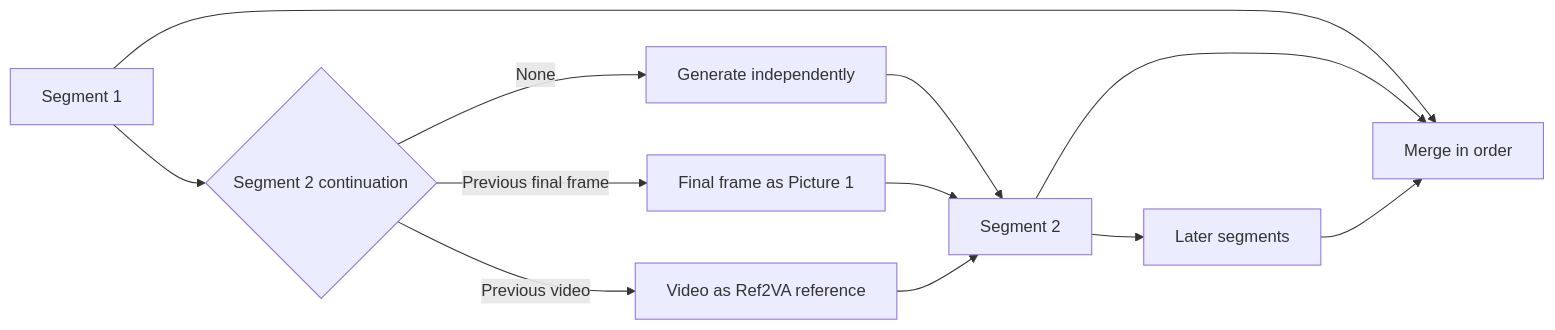
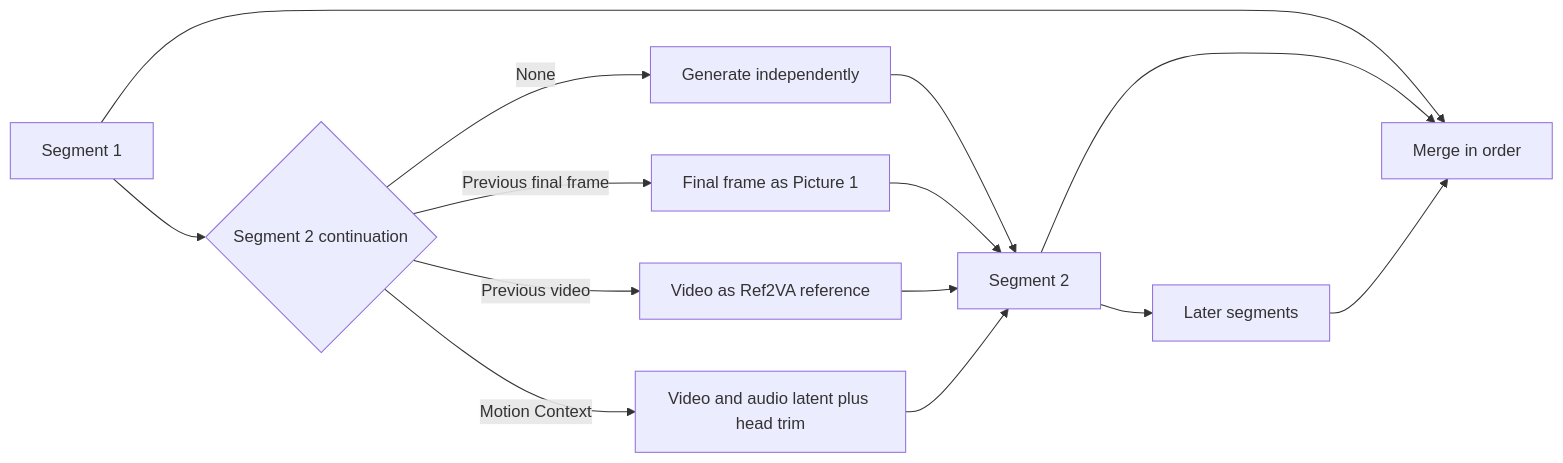
The second of 2 diagrams in README.md (siyuan-liu31/h3-studio), drawn with Mermaid before and after one commit. The commit also changed other lines of this file and 35 other files, not shown here.

Commit message:
feat(video): add Motion Context composition

````diff
--- a/README.md
+++ b/README.md
@@ -130,14 +130,16 @@
 ```mermaid
 flowchart LR
   S1[Segment 1] --> C{Segment 2 continuation}
   C -->|None| N[Generate independently]
   C -->|Previous final frame| F[Final frame as Picture 1]
   C -->|Previous video| V[Video as Ref2VA reference]
+  C -->|Motion Context| L[Video and audio latent plus head trim]
   N --> S2[Segment 2]
   F --> S2
   V --> S2
+  L --> S2
   S2 --> S3[Later segments]
   S1 --> Merge[Merge in order]
   S2 --> Merge
   S3 --> Merge
 ```
````
